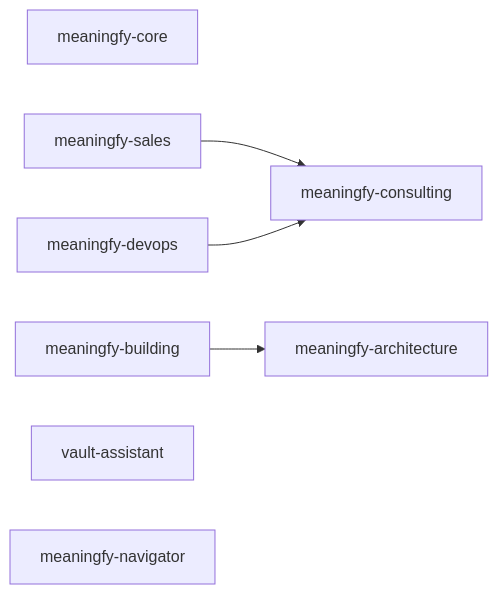
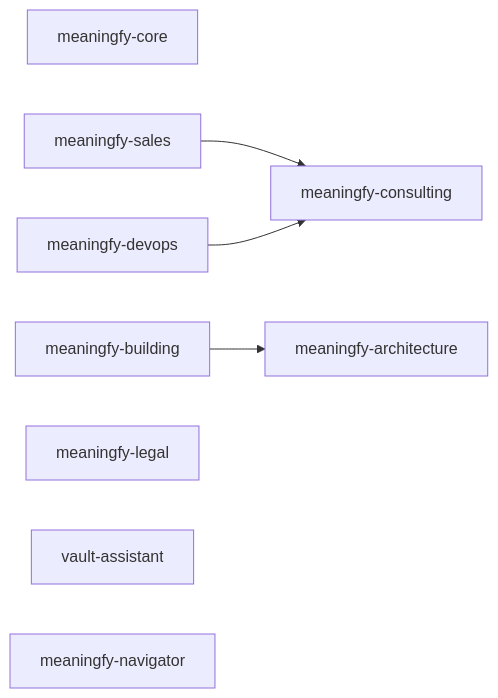
One commit to meaningfy-ws/skillery changed the second of 3 diagrams in docs/skill-inventory.md. Above: the diagram before and after it, drawn with Mermaid. The commit also changed other lines of this file and 32 other files, not shown here.

````diff
--- a/docs/skill-inventory.md
+++ b/docs/skill-inventory.md
@@ -296,14 +316,15 @@
 ```mermaid
 flowchart LR
   b_meaningfy_core["meaningfy-core"]
   b_meaningfy_consulting["meaningfy-consulting"]
   b_meaningfy_sales["meaningfy-sales"]
   b_meaningfy_architecture["meaningfy-architecture"]
   b_meaningfy_building["meaningfy-building"]
   b_meaningfy_devops["meaningfy-devops"]
+  b_meaningfy_legal["meaningfy-legal"]
   b_vault_assistant["vault-assistant"]
   b_meaningfy_navigator["meaningfy-navigator"]
   b_meaningfy_sales --> b_meaningfy_consulting
   b_meaningfy_building --> b_meaningfy_architecture
   b_meaningfy_devops --> b_meaningfy_consulting
 ```
````
